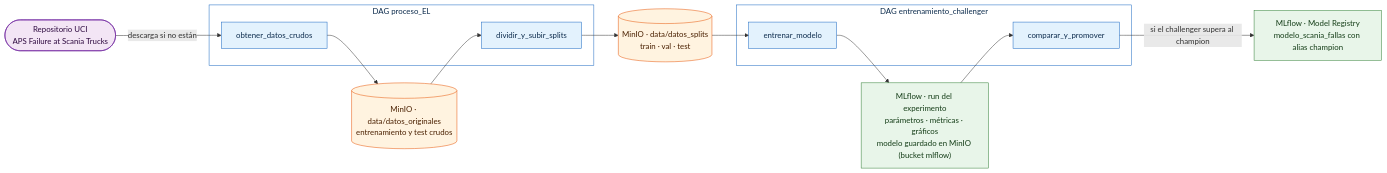
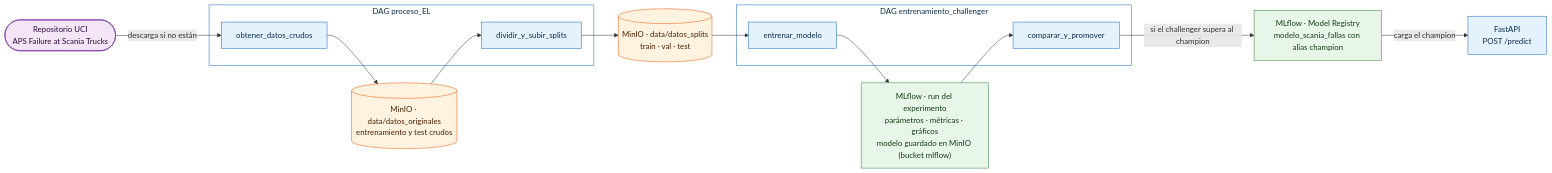
Before and after one commit to gonza29811/TP-MLOps: the diagram in README.md, drawn with Mermaid. The commit also changed other lines of this file and 6 other files, not shown here.

Commit message:
Servir el champion con FastAPI (POST /predict), con script de prueba y documentación

````diff
--- a/README.md
+++ b/README.md
@@ -32,39 +32,41 @@
 ```mermaid
 flowchart LR
     UCI(["Repositorio UCI<br/>APS Failure at Scania Trucks"])
 
     subgraph EL["DAG proceso_EL"]
         T1["obtener_datos_crudos"]
         T2["dividir_y_subir_splits"]
     end
 
     subgraph TR["DAG entrenamiento_challenger"]
         T3["entrenar_modelo"]
         T4["comparar_y_promover"]
     end
 
     D1[("MinIO · data/datos_originales<br/>entrenamiento y test crudos")]
     D2[("MinIO · data/datos_splits<br/>train · val · test")]
     RUN["MLflow · run del experimento<br/>parámetros · métricas · gráficos<br/>modelo guardado en MinIO (bucket mlflow)"]
     REG["MLflow · Model Registry<br/>modelo_scania_fallas con alias champion"]
+    API["FastAPI<br/>POST /predict"]
 
     UCI -->|"descarga si no están"| T1
     T1 --> D1
     D1 --> T2
     T2 --> D2
     D2 --> T3
     T3 --> RUN
     RUN --> T4
     T4 -->|"si el challenger supera al champion"| REG
+    REG -->|"carga el champion"| API
 
     classDef task fill:#e3f2fd,stroke:#1565c0,color:#0d2c4d
     classDef storage fill:#fff3e0,stroke:#e65100,color:#4a2000
     classDef mlflow fill:#e8f5e9,stroke:#2e7d32,color:#143d17
     classDef ext fill:#f3e5f5,stroke:#6a1b9a,color:#2e0a40
     classDef dag fill:#ffffff,stroke:#1565c0,color:#0d2c4d
-    class T1,T2,T3,T4 task
+    class T1,T2,T3,T4,API task
     class D1,D2 storage
     class RUN,REG mlflow
     class UCI ext
     class EL,TR dag
 ```
````
